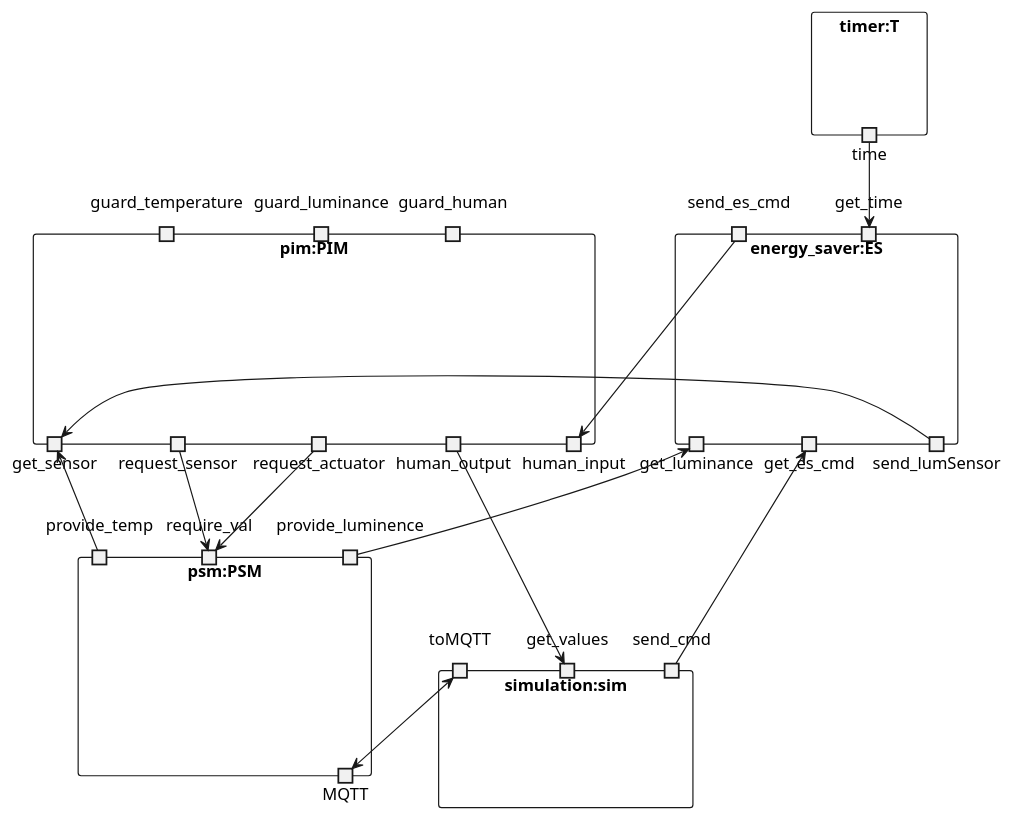
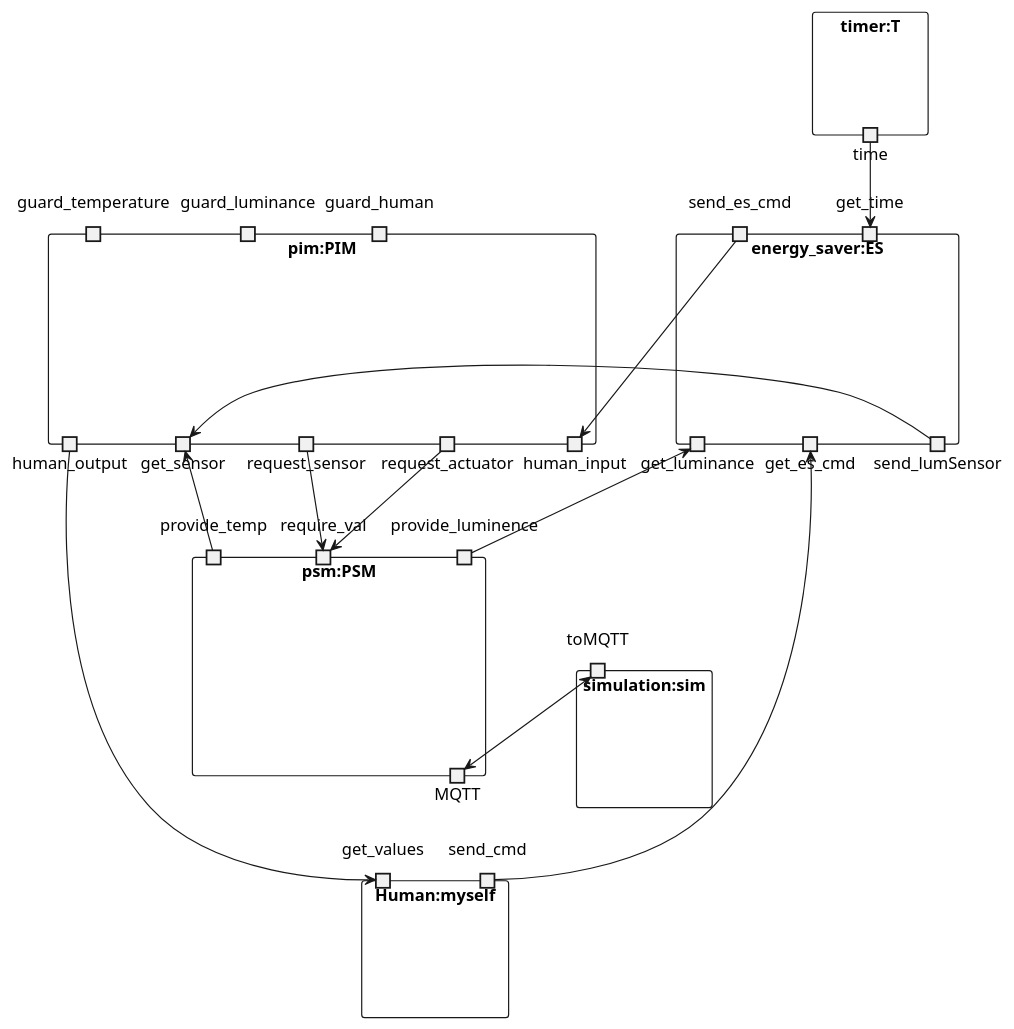
The diagram in Oblig1/TheRoomX3D2.MQTT.sim/Diagrams/architecture.plantuml (Tobhal/HIOF-Models-and-Digital-Twins), drawn with PlantUML before and after one commit. The commit also changed 10 other files, not shown here.

```diff
--- a/Oblig1/TheRoomX3D2.MQTT.sim/Diagrams/architecture.plantuml
+++ b/Oblig1/TheRoomX3D2.MQTT.sim/Diagrams/architecture.plantuml
@@ -1,64 +1,67 @@
 @startuml X3D2_MQTT_SIM
 
 
 rectangle timer:T {
     portout time
 }
 
 'PIM
 rectangle pim:PIM {
     portout get_sensor
     portout request_sensor
     portout request_actuator
     portout human_input
     portout human_output
 
     'guards
     port guard_temperature
     port guard_luminance
     port guard_human
 }
 
 'PSM
 rectangle psm:PSM {
     portin provide_temp
     portin provide_luminence
     portin require_val
     portin require_val
 
     portout MQTT
 }
+'Human
+rectangle Human:myself {
+    port send_cmd
+    portin get_values
+}
 
 'SIM
 rectangle simulation:sim {
     port toMQTT
-    port send_cmd
-    portin get_values
 }
 
 'energy saver
 rectangle energy_saver:ES {
     portin send_es_cmd
     portin get_time
 
     portout get_es_cmd
     portout get_luminance
     portout send_lumSensor
 }
  
 provide_temp --> get_sensor
 provide_luminence --> get_luminance
 
 send_lumSensor --> get_sensor
 
 send_cmd --> get_es_cmd
 send_es_cmd ---> human_input
  
 request_sensor --> require_val
 request_actuator --> require_val
 human_output -----> get_values
  
 time --> get_time
 
 toMQTT <--> MQTT
 @enduml
```
